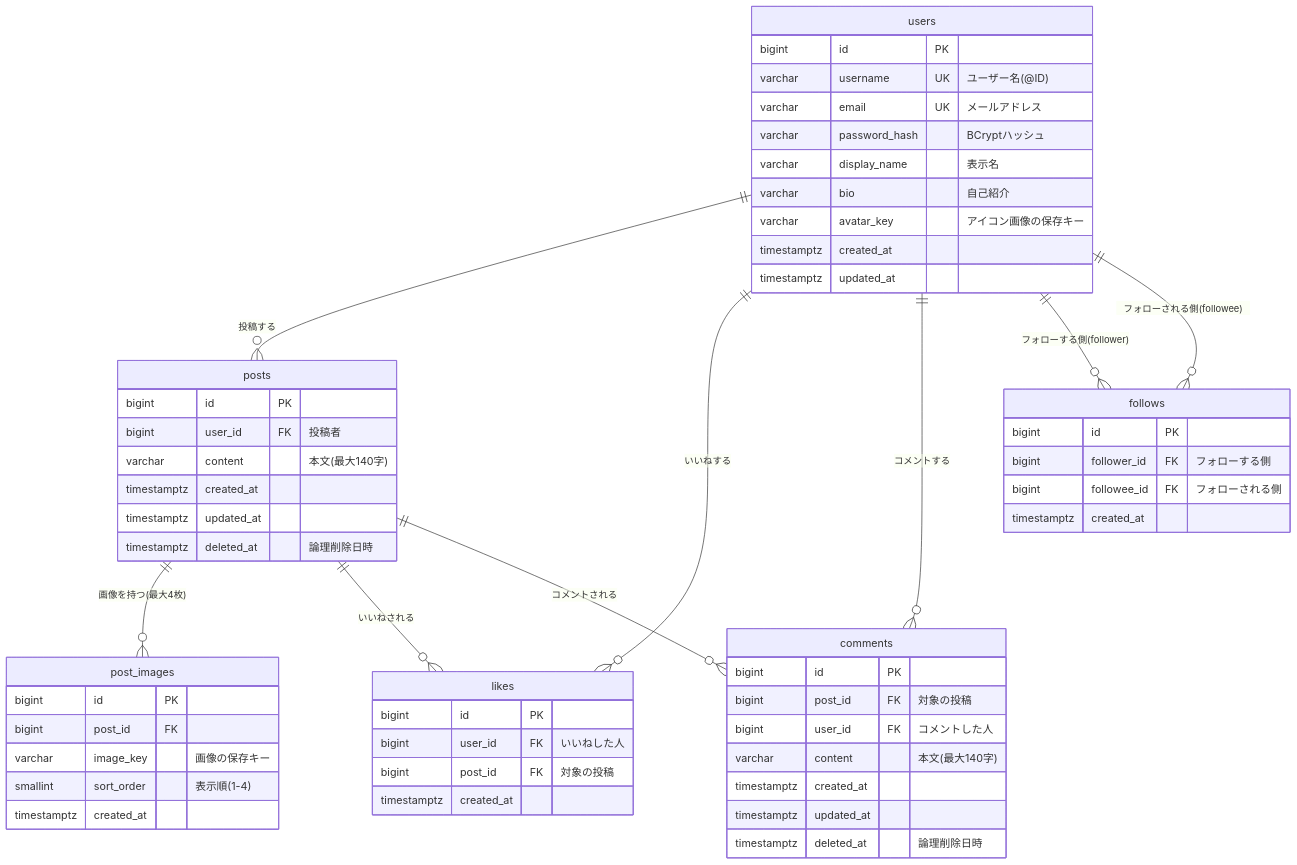
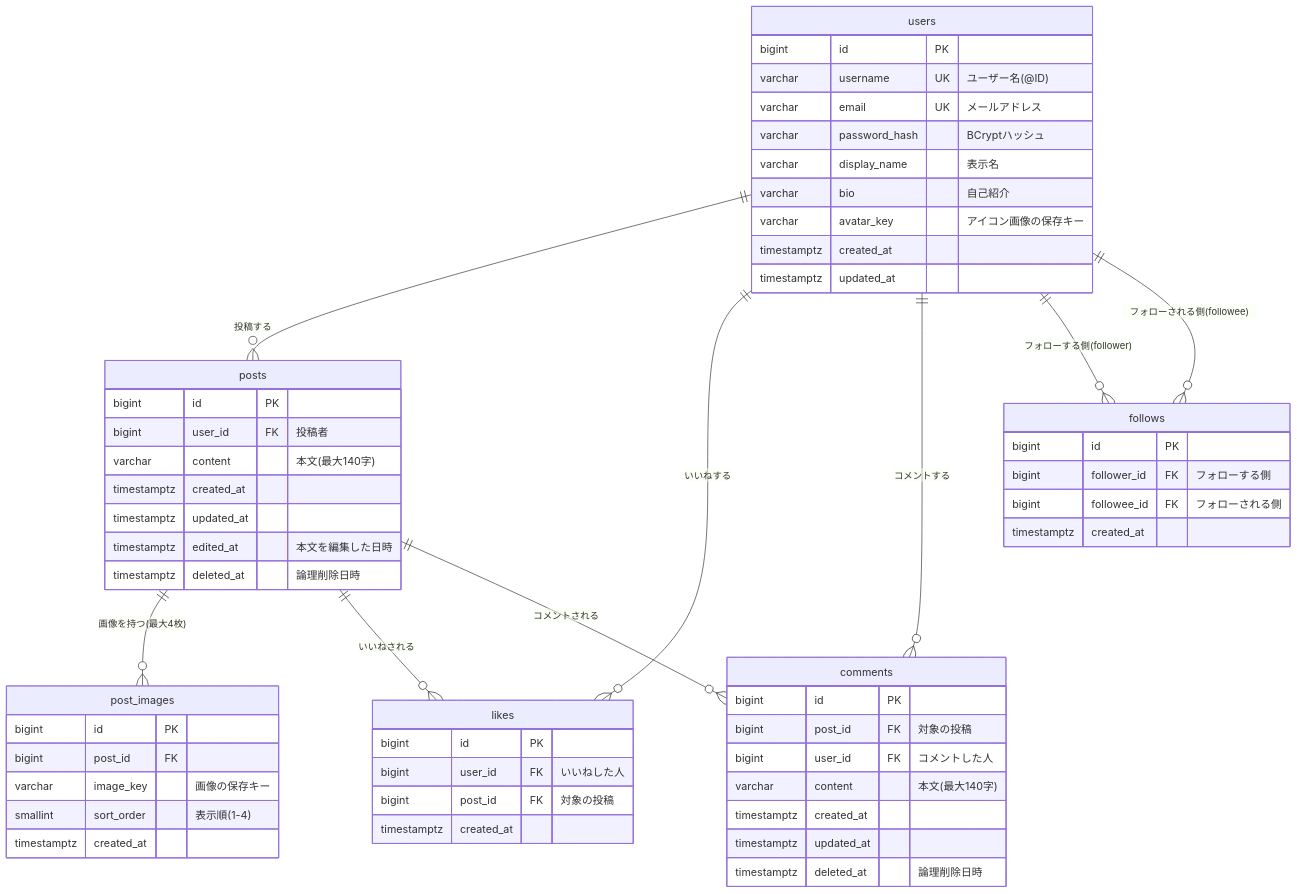
The diagram in 設計書.md (kuroda1995/sns-timeline), drawn with Mermaid before and after one commit. The commit also changed other lines of this file and 6 other files, not shown here.

````diff
--- a/設計書.md
+++ b/設計書.md
@@ -10,64 +10,65 @@
 ```mermaid
 erDiagram
     users ||--o{ posts : "投稿する"
     users ||--o{ likes : "いいねする"
     users ||--o{ comments : "コメントする"
     users ||--o{ follows : "フォローする側(follower)"
     users ||--o{ follows : "フォローされる側(followee)"
     posts ||--o{ post_images : "画像を持つ(最大4枚)"
     posts ||--o{ likes : "いいねされる"
     posts ||--o{ comments : "コメントされる"
 
     users {
         bigint id PK
         varchar username UK "ユーザー名(@ID)"
         varchar email UK "メールアドレス"
         varchar password_hash "BCryptハッシュ"
         varchar display_name "表示名"
         varchar bio "自己紹介"
         varchar avatar_key "アイコン画像の保存キー"
         timestamptz created_at
         timestamptz updated_at
     }
 
     posts {
         bigint id PK
         bigint user_id FK "投稿者"
         varchar content "本文(最大140字)"
         timestamptz created_at
         timestamptz updated_at
+        timestamptz edited_at "本文を編集した日時"
         timestamptz deleted_at "論理削除日時"
     }
 
     post_images {
         bigint id PK
         bigint post_id FK
         varchar image_key "画像の保存キー"
         smallint sort_order "表示順(1-4)"
         timestamptz created_at
     }
 
     likes {
         bigint id PK
         bigint user_id FK "いいねした人"
         bigint post_id FK "対象の投稿"
         timestamptz created_at
     }
 
     comments {
         bigint id PK
         bigint post_id FK "対象の投稿"
         bigint user_id FK "コメントした人"
         varchar content "本文(最大140字)"
         timestamptz created_at
         timestamptz updated_at
         timestamptz deleted_at "論理削除日時"
     }
 
     follows {
         bigint id PK
         bigint follower_id FK "フォローする側"
         bigint followee_id FK "フォローされる側"
         timestamptz created_at
     }
 ```
````
